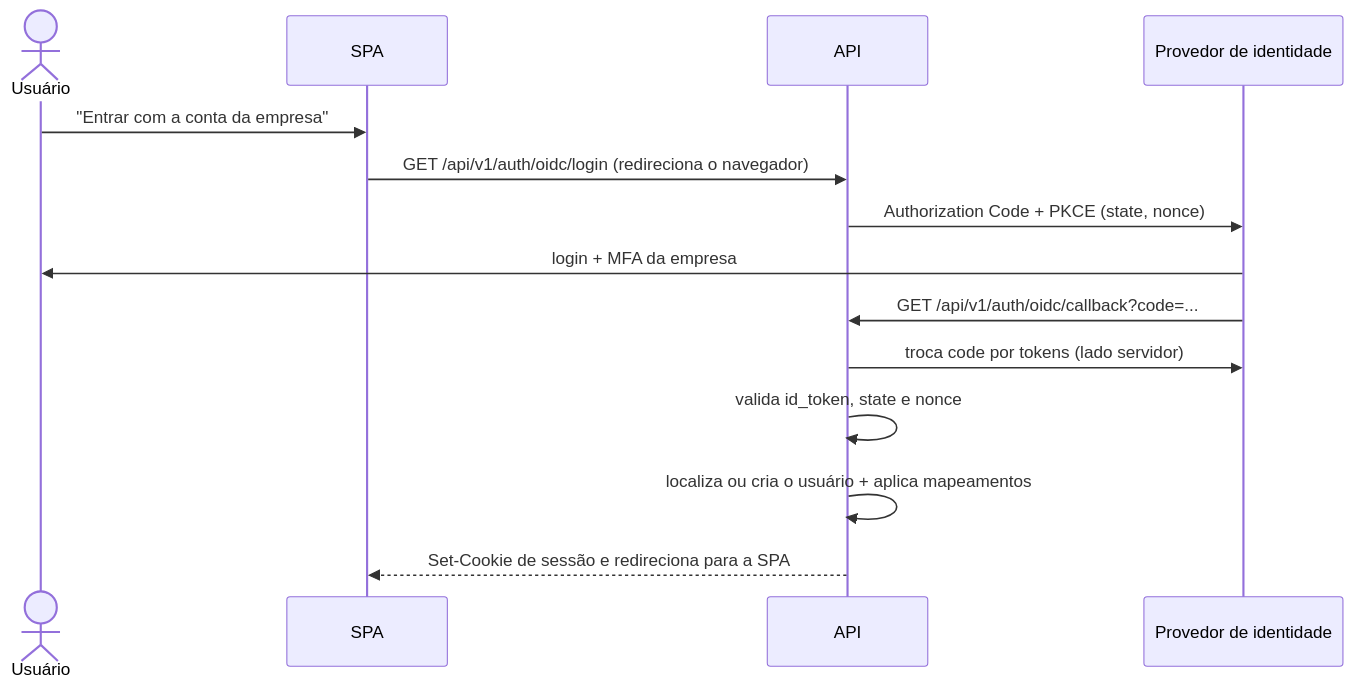
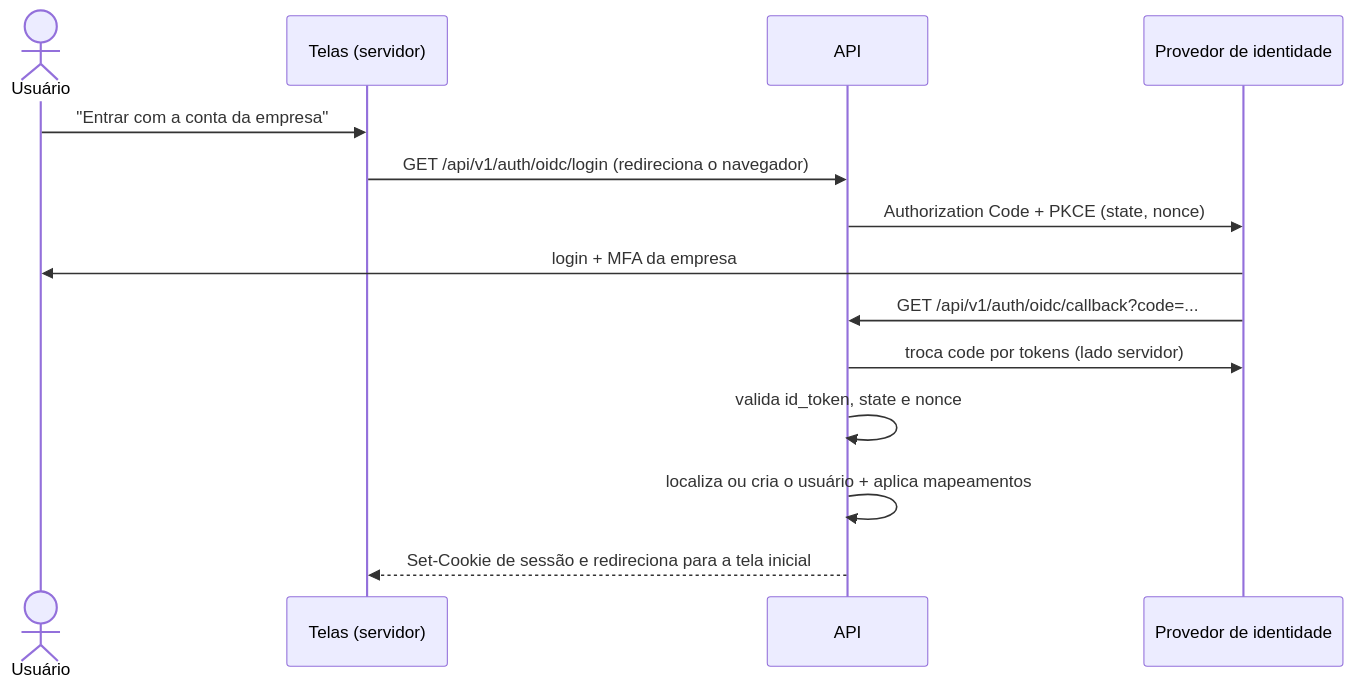
Before and after one commit to 0LB-i/ticketflow: the second of 2 diagrams in docs/09-login-e-autenticacao.md, drawn with Mermaid. The commit also changed other lines of this file and 88 other files, not shown here.

````diff
--- a/docs/09-login-e-autenticacao.md
+++ b/docs/09-login-e-autenticacao.md
@@ -80,16 +80,16 @@
 ```mermaid
 sequenceDiagram
     actor U as Usuário
-    participant S as SPA
+    participant S as Telas (servidor)
     participant A as API
     participant IdP as Provedor de identidade
     U->>S: "Entrar com a conta da empresa"
     S->>A: GET /api/v1/auth/oidc/login (redireciona o navegador)
     A->>IdP: Authorization Code + PKCE (state, nonce)
     IdP->>U: login + MFA da empresa
     IdP->>A: GET /api/v1/auth/oidc/callback?code=...
     A->>IdP: troca code por tokens (lado servidor)
     A->>A: valida id_token, state e nonce
     A->>A: localiza ou cria o usuário + aplica mapeamentos
-    A-->>S: Set-Cookie de sessão e redireciona para a SPA
+    A-->>S: Set-Cookie de sessão e redireciona para a tela inicial
 ```
````
